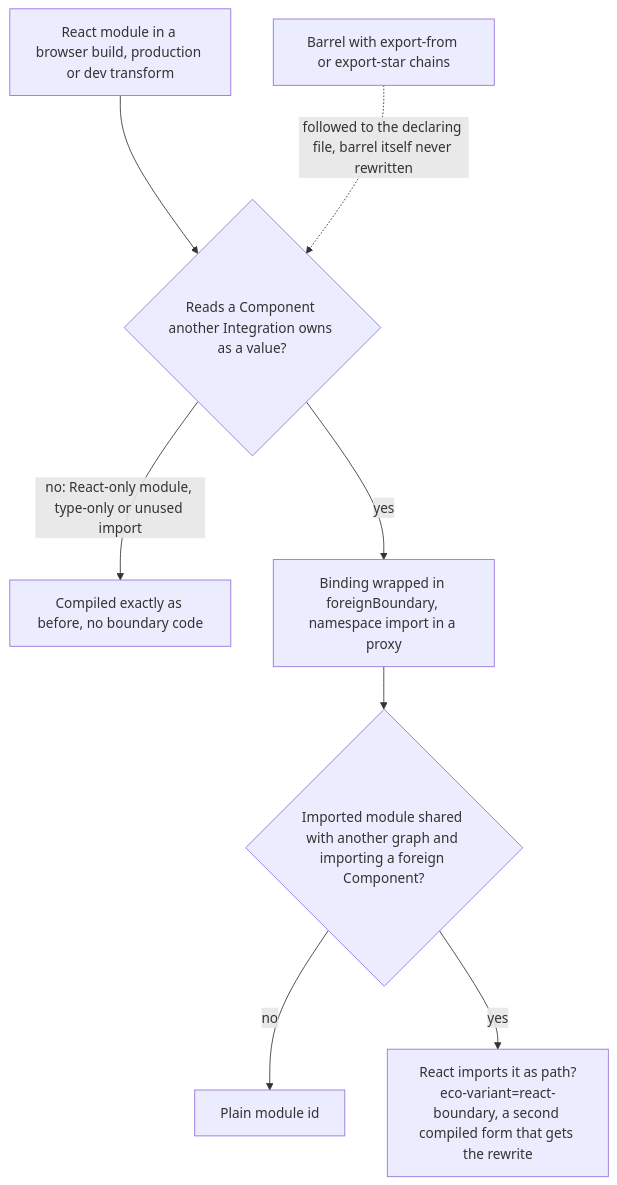
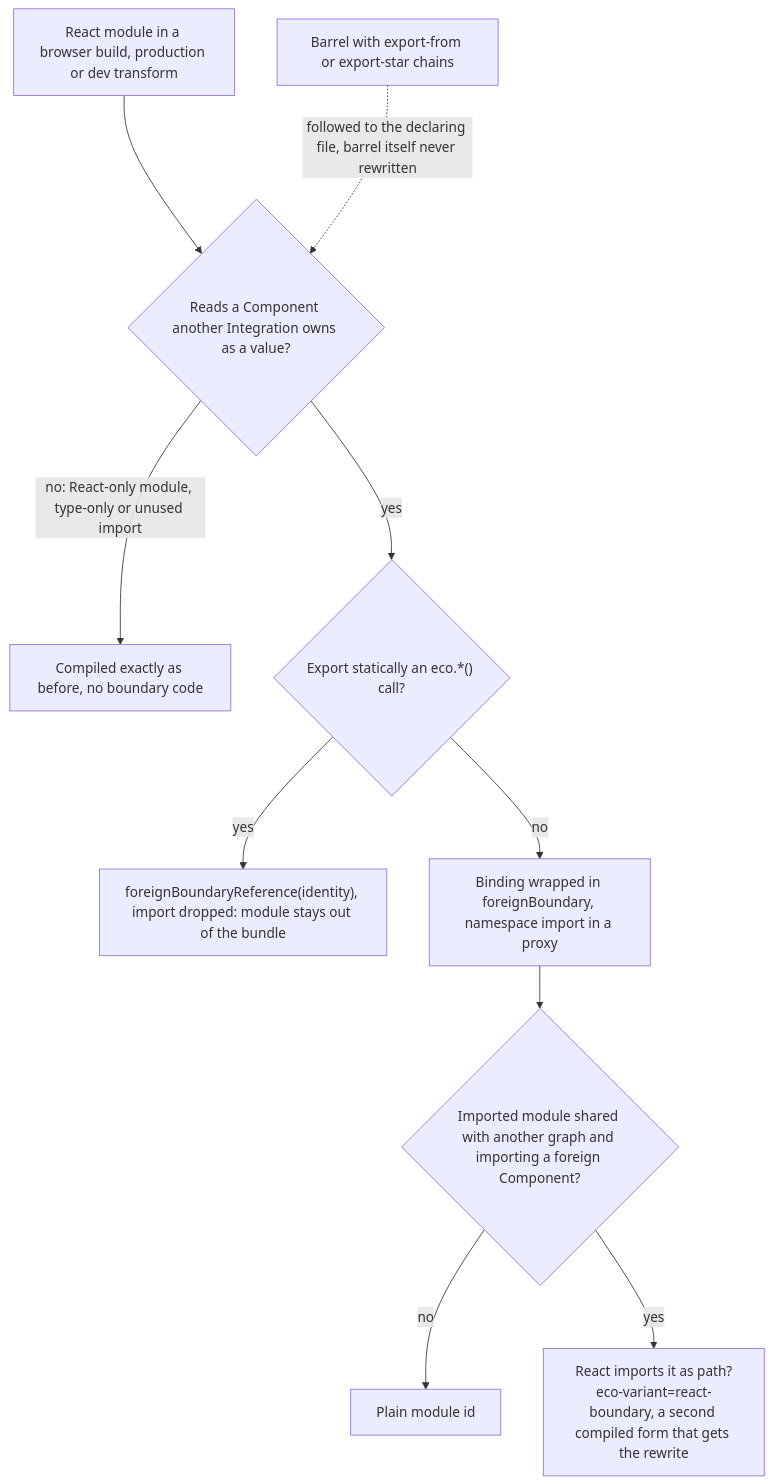
The third of 4 diagrams in apps/docs/src/content/dev/islands-hydration.mdx (ecopages/ecopages), drawn with Mermaid before and after one commit. The commit also changed other lines of this file and 18 other files, not shown here.

First line of the commit message:
fix(react): keep foreign Eco Component modules out of React islands

````diff
--- a/apps/docs/src/content/dev/islands-hydration.mdx
+++ b/apps/docs/src/content/dev/islands-hydration.mdx
@@ -83,10 +88,12 @@
 ```mermaid
 flowchart TD
   M["React module in a browser build, production or dev transform"] --> F{"Reads a Component another Integration owns as a value?"}
   BR["Barrel with export-from or export-star chains"] -. "followed to the declaring file, barrel itself never rewritten" .-> F
   F -- "no: React-only module, type-only or unused import" --> S["Compiled exactly as before, no boundary code"]
-  F -- "yes" --> W["Binding wrapped in foreignBoundary, namespace import in a proxy"]
+  F -- "yes" --> N{"Export statically an eco.*() call?"}
+  N -- "yes" --> R["foreignBoundaryReference(identity), import dropped: module stays out of the bundle"]
+  N -- "no" --> W["Binding wrapped in foreignBoundary, namespace import in a proxy"]
   W --> V{"Imported module shared with another graph and importing a foreign Component?"}
   V -- "no" --> P["Plain module id"]
   V -- "yes" --> Q["React imports it as path?eco-variant=react-boundary, a second compiled form that gets the rewrite"]
 ```
````
